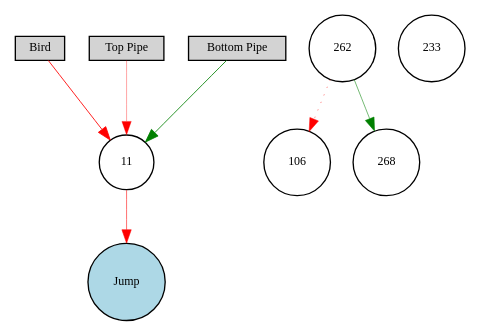
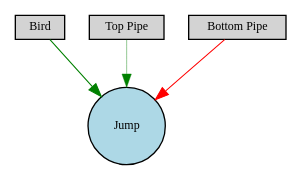
The diagram in Digraph.gv (Tanisha572/flappy-bird-AI), drawn with Graphviz before and after one commit. The commit also changed 6 other files, not shown here.

```diff
--- a/Digraph.gv
+++ b/Digraph.gv
@@ -1,18 +1,10 @@
 digraph {
 	node [fontsize=9 height=0.2 shape=circle width=0.2]
 	Bird [fillcolor=lightgray shape=box style=filled]
 	"Top Pipe" [fillcolor=lightgray shape=box style=filled]
 	"Bottom Pipe" [fillcolor=lightgray shape=box style=filled]
 	Jump [fillcolor=lightblue style=filled]
-	262 [fillcolor=white style=filled]
-	233 [fillcolor=white style=filled]
-	106 [fillcolor=white style=filled]
-	11 [fillcolor=white style=filled]
-	268 [fillcolor=white style=filled]
-	Bird -> 11 [color=red penwidth=0.6462502822817496 style=solid]
-	"Bottom Pipe" -> 11 [color=green penwidth=0.6276939645867597 style=solid]
-	11 -> Jump [color=red penwidth=0.43200686678081357 style=solid]
-	"Top Pipe" -> 11 [color=red penwidth=0.27117301403180516 style=solid]
-	262 -> 106 [color=red penwidth=0.3357159983579086 style=dotted]
-	262 -> 268 [color=green penwidth=0.4098126869816242 style=solid]
+	Bird -> Jump [color=green penwidth=0.7888381616874232 style=solid]
+	"Bottom Pipe" -> Jump [color=red penwidth=0.7748809859579469 style=solid]
+	"Top Pipe" -> Jump [color=green penwidth=0.3173361271315996 style=solid]
 }
```
